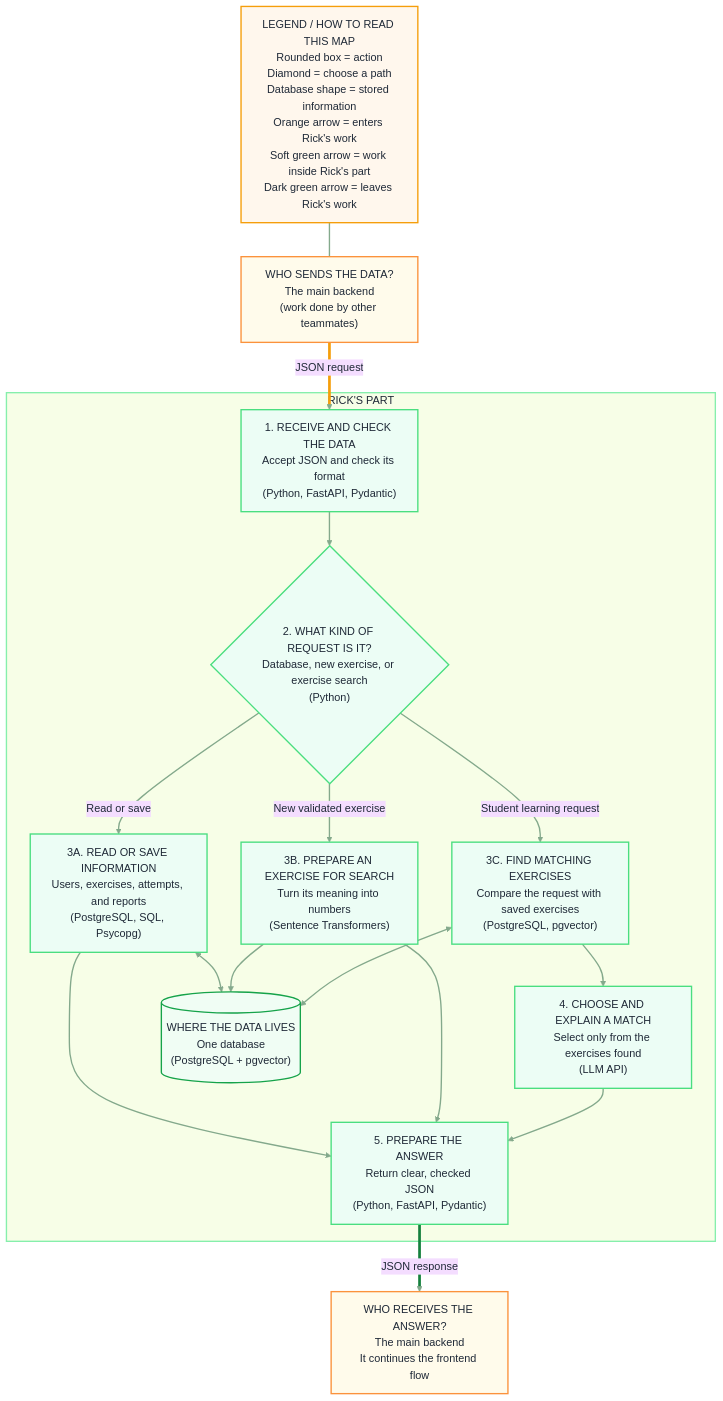
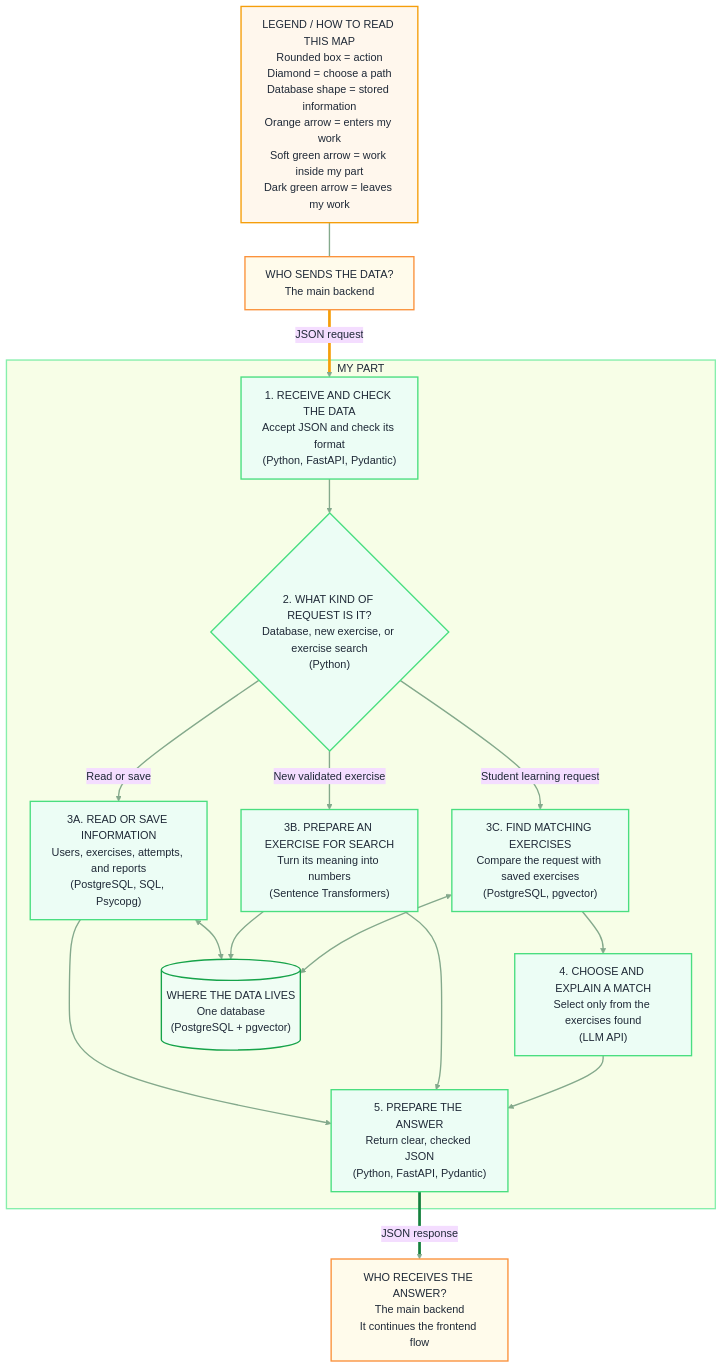
Before and after one commit to Rspinelli93/Trancendece: the diagram in Documentation/rick/Diagrams/00-rick-scope.md, drawn with Mermaid.

Commit message:
Restructuring

````diff
--- a/Documentation/rick/Diagrams/00-rick-scope.md
+++ b/Documentation/rick/Diagrams/00-rick-scope.md
@@ -15,48 +15,48 @@
 ```mermaid
 %%{init: {"theme":"base","themeVariables":{"background":"#fffdf7","primaryTextColor":"#1f2937","lineColor":"#84a98c","clusterBkg":"#f7fee7","clusterBorder":"#86efac"}}}%%
 flowchart TD
-    Key["LEGEND / HOW TO READ THIS MAP<br/>Rounded box = action<br/>Diamond = choose a path<br/>Database shape = stored information<br/>Orange arrow = enters Rick's work<br/>Soft green arrow = work inside Rick's part<br/>Dark green arrow = leaves Rick's work"]
-    Sender["WHO SENDS THE DATA?<br/>The main backend<br/>(work done by other teammates)"]
+    Key["LEGEND / HOW TO READ THIS MAP<br/>Rounded box = action<br/>Diamond = choose a path<br/>Database shape = stored information<br/>Orange arrow = enters my work<br/>Soft green arrow = work inside my part<br/>Dark green arrow = leaves my work"]
+    Sender["WHO SENDS THE DATA?<br/>The main backend<br/>"]
 
-    subgraph Rick["RICK'S PART"]
+    subgraph Rick["MY PART"]
         Receive["1. RECEIVE AND CHECK THE DATA<br/>Accept JSON and check its format<br/>(Python, FastAPI, Pydantic)"]
         Choose{"2. WHAT KIND OF REQUEST IS IT?<br/>Database, new exercise, or exercise search<br/>(Python)"}
         Database["3A. READ OR SAVE INFORMATION<br/>Users, exercises, attempts, and reports<br/>(PostgreSQL, SQL, Psycopg)"]
         Indexer["3B. PREPARE AN EXERCISE FOR SEARCH<br/>Turn its meaning into numbers<br/>(Sentence Transformers)"]
         Search["3C. FIND MATCHING EXERCISES<br/>Compare the request with saved exercises<br/>(PostgreSQL, pgvector)"]
         AI["4. CHOOSE AND EXPLAIN A MATCH<br/>Select only from the exercises found<br/>(LLM API)"]
         Answer["5. PREPARE THE ANSWER<br/>Return clear, checked JSON<br/>(Python, FastAPI, Pydantic)"]
         Store[("WHERE THE DATA LIVES<br/>One database<br/>(PostgreSQL + pgvector)")]
     end
 
     Receiver["WHO RECEIVES THE ANSWER?<br/>The main backend<br/>It continues the frontend flow"]
 
     Key ~~~ Sender
     Sender -->|"JSON request"| Receive
     Receive --> Choose
     Choose -->|"Read or save"| Database
     Choose -->|"New validated exercise"| Indexer
     Choose -->|"Student learning request"| Search
     Database <--> Store
     Indexer --> Store
     Search <--> Store
     Search --> AI
     Database --> Answer
     Indexer --> Answer
     AI --> Answer
     Answer -->|"JSON response"| Receiver
 
     classDef note fill:#fff7ed,stroke:#f59e0b,color:#1f2937,stroke-width:2px;
     classDef outside fill:#fffbeb,stroke:#fb923c,color:#1f2937,stroke-width:2px;
     classDef work fill:#ecfdf5,stroke:#4ade80,color:#1f2937,stroke-width:2px;
     classDef storage fill:#f0fdf4,stroke:#16a34a,color:#1f2937,stroke-width:2px;
     class Key note;
     class Sender,Receiver outside;
     class Receive,Choose,Database,Indexer,Search,AI,Answer work;
     class Store storage;
     style Rick fill:#f7fee7,stroke:#86efac,stroke-width:2px,color:#1f2937;
 
     linkStyle default stroke:#84a98c,stroke-width:2px;
     linkStyle 1 stroke:#f59e0b,stroke-width:4px;
     linkStyle 13 stroke:#15803d,stroke-width:4px;
 ```
````
